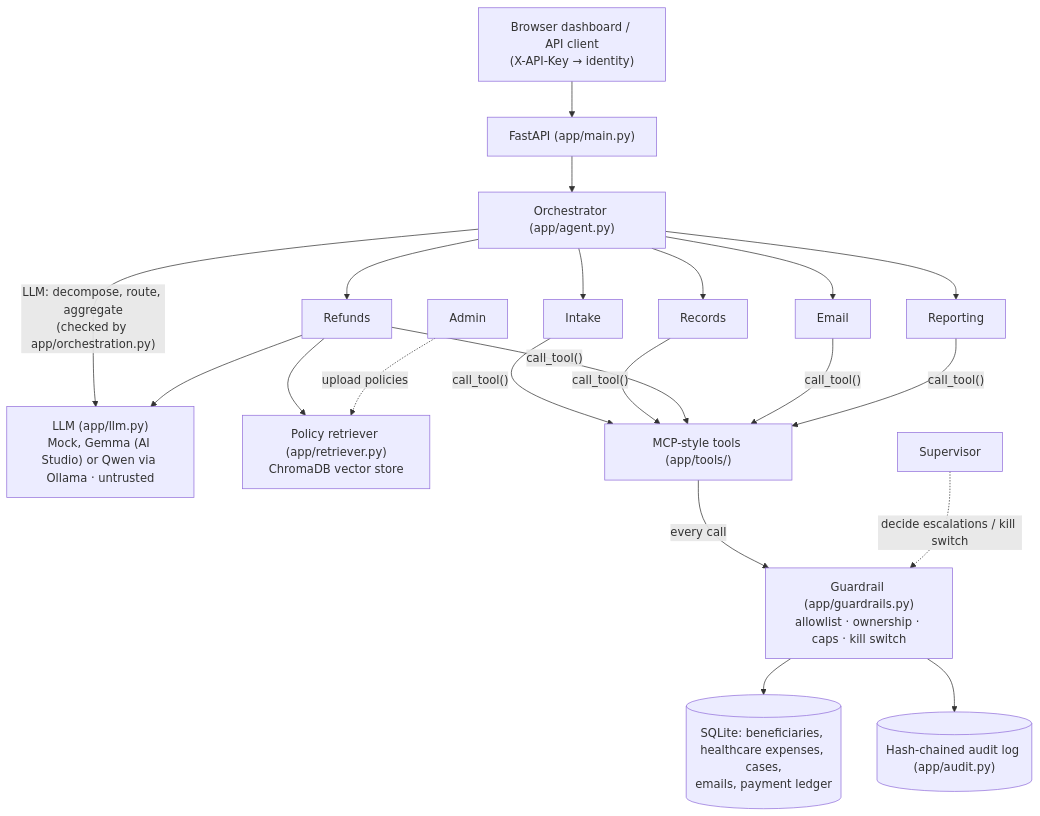
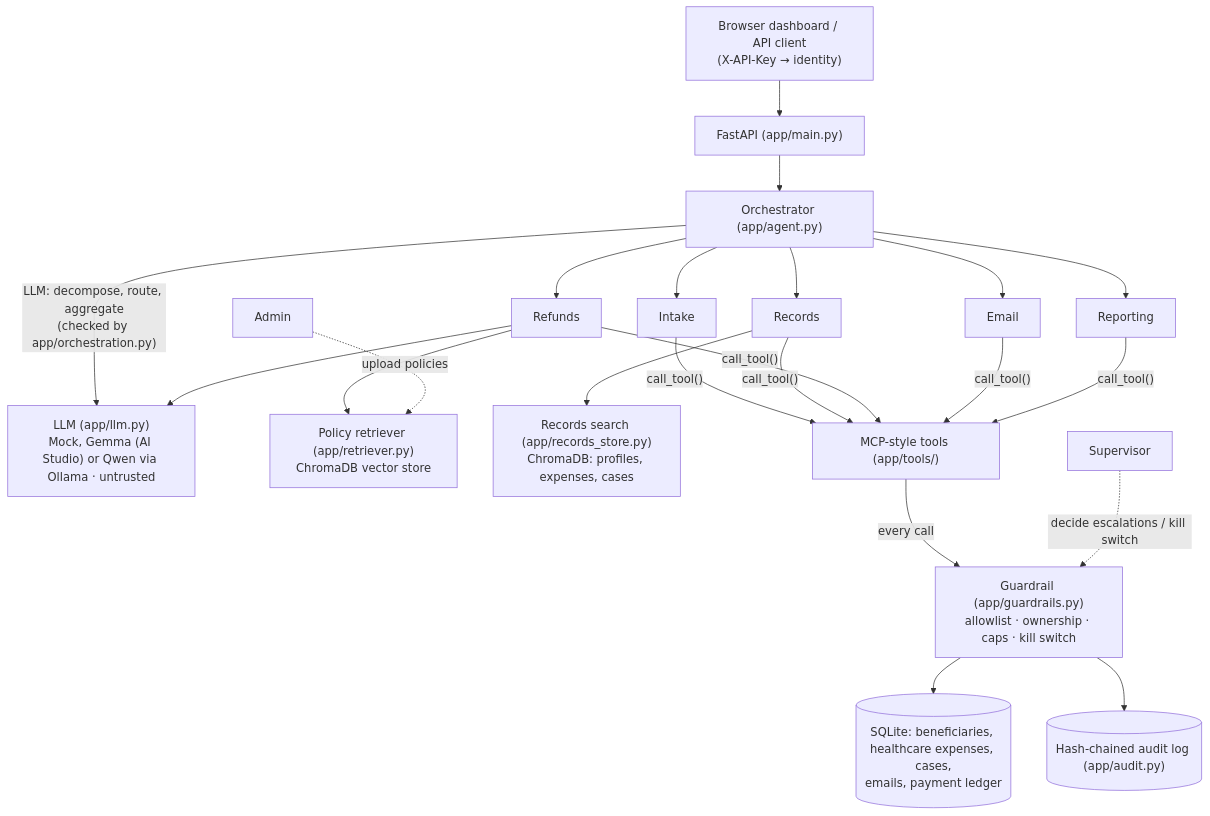
The diagram in README.md (sujihancock/CSEN296-PROJECT-TEAM4), drawn with Mermaid before and after one commit. The commit also changed other lines of this file and 17 other files, not shown here.

````diff
--- a/README.md
+++ b/README.md
@@ -85,15 +85,16 @@
 ```mermaid
 flowchart TD
     UI["Browser dashboard / API client<br/>(X-API-Key → identity)"] --> API["FastAPI (app/main.py)"]
     API --> Orch["Orchestrator (app/agent.py)"]
     Orch -->|"LLM: decompose, route, aggregate<br/>(checked by app/orchestration.py)"| LLM
     Orch --> Intake & Records & Refunds & Email & Reporting
     Refunds --> LLM["LLM (app/llm.py)<br/>Mock, Gemma (AI Studio) or Qwen via Ollama · untrusted"]
     Refunds --> RAG["Policy retriever (app/retriever.py)<br/>ChromaDB vector store"]
+    Records --> RRAG["Records search (app/records_store.py)<br/>ChromaDB: profiles, expenses, cases"]
     Intake & Records & Refunds & Email & Reporting -->|"call_tool()"| Tools["MCP-style tools (app/tools/)"]
     Tools -->|"every call"| G["Guardrail (app/guardrails.py)<br/>allowlist · ownership · caps · kill switch"]
     G --> DB[("SQLite: beneficiaries, healthcare expenses, cases,<br/>emails, payment ledger")]
     G --> Audit[("Hash-chained audit log (app/audit.py)")]
     Sup["Supervisor"] -.->|"decide escalations / kill switch"| G
     Admin["Admin"] -.->|"upload policies"| RAG
 ```
````
